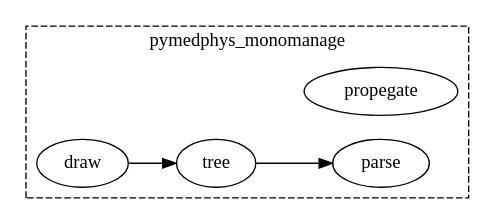
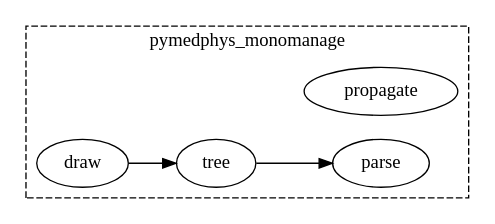
Before and after one commit to pymedphys/pymedphys: the diagram in docs/graphs/pymedphys_monomanage.dot, drawn with Graphviz. The commit also changed 67 other files, not shown here.

Commit message:
add graphs to docs

```diff
--- a/docs/graphs/pymedphys_monomanage.dot
+++ b/docs/graphs/pymedphys_monomanage.dot
@@ -1,23 +1,28 @@
 strict digraph {
 	graph [rankdir=LR];
 	subgraph cluster_0 {
-		graph [label=pymedphys_monomanage,
+		graph [URL="#pymedphys-monomanage",
+			label=pymedphys_monomanage,
 			style=dashed
 		];
 		{
 			graph [rank=same];
-			"pymedphys_monomanage.parse"			 [label=parse];
-			"pymedphys_monomanage.propegate"			 [label=propegate];
+			"pymedphys_monomanage.parse"			 [URL="#pymedphys-monomanage-parse",
+				label=parse];
+			"pymedphys_monomanage.propagate"			 [URL="#pymedphys-monomanage-propagate",
+				label=propagate];
 		}
 		{
 			graph [rank=same];
-			"pymedphys_monomanage.tree"			 [label=tree];
+			"pymedphys_monomanage.tree"			 [URL="#pymedphys-monomanage-tree",
+				label=tree];
 		}
 		{
 			graph [rank=same];
-			"pymedphys_monomanage.draw"			 [label=draw];
+			"pymedphys_monomanage.draw"			 [URL="#pymedphys-monomanage-draw",
+				label=draw];
 		}
 	}
 	"pymedphys_monomanage.draw" -> "pymedphys_monomanage.tree";
 	"pymedphys_monomanage.tree" -> "pymedphys_monomanage.parse";
 }
```
